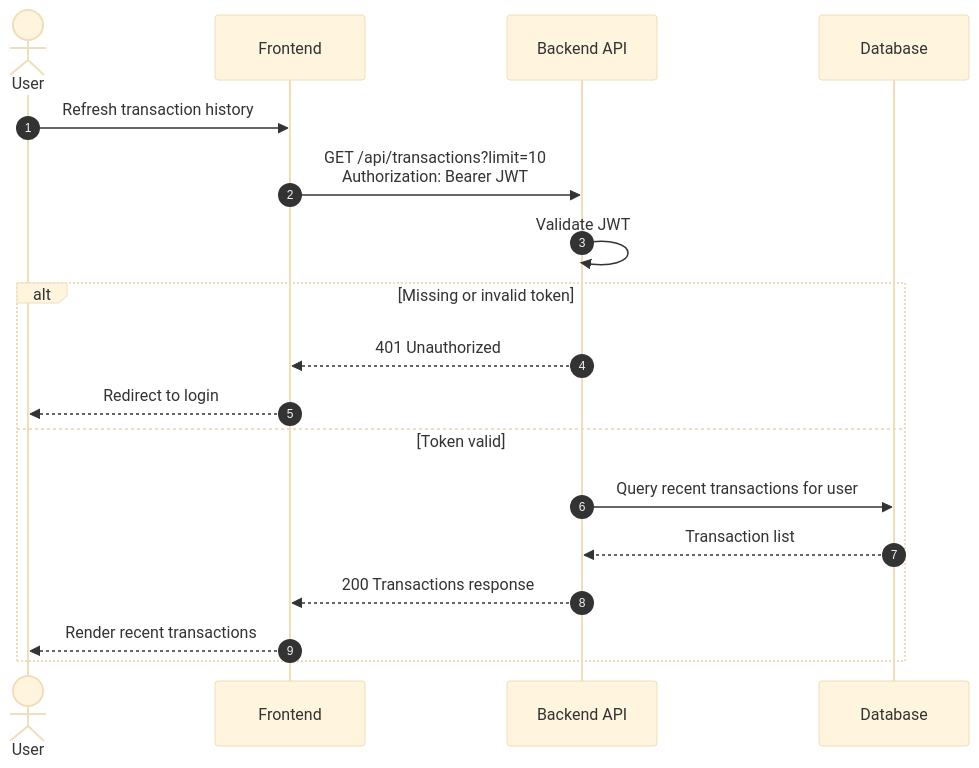
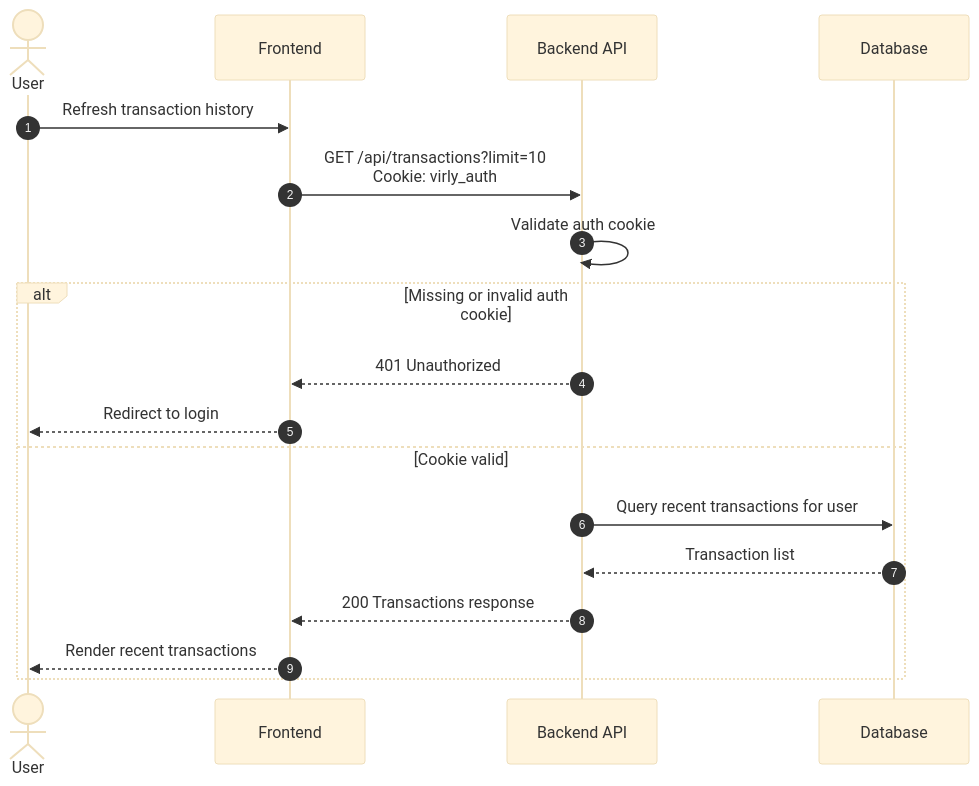
The sixth of 7 diagrams in docs/sequence-diagrams.md (AyalMoran/virly), drawn with Mermaid (base theme) before and after one commit. The commit also changed other lines of this file and 2 other files, not shown here.

Commit message:
feat: Update documentation to reflect Virly branding and enhance authentication details

````diff
--- a/docs/sequence-diagrams.md
+++ b/docs/sequence-diagrams.md
@@ -213,22 +218,22 @@
 ```mermaid
 sequenceDiagram
     autonumber
     actor User
     participant Frontend
     participant BackendAPI as Backend API
     participant Database
 
     User->>Frontend: Refresh transaction history
-    Frontend->>BackendAPI: GET /api/transactions?limit=10<br/>Authorization: Bearer JWT
-    BackendAPI->>BackendAPI: Validate JWT
+    Frontend->>BackendAPI: GET /api/transactions?limit=10<br/>Cookie: virly_auth
+    BackendAPI->>BackendAPI: Validate auth cookie
 
-    alt Missing or invalid token
+    alt Missing or invalid auth cookie
         BackendAPI-->>Frontend: 401 Unauthorized
         Frontend-->>User: Redirect to login
-    else Token valid
+    else Cookie valid
         BackendAPI->>Database: Query recent transactions for user
         Database-->>BackendAPI: Transaction list
         BackendAPI-->>Frontend: 200 Transactions response
         Frontend-->>User: Render recent transactions
     end
 ```
````
